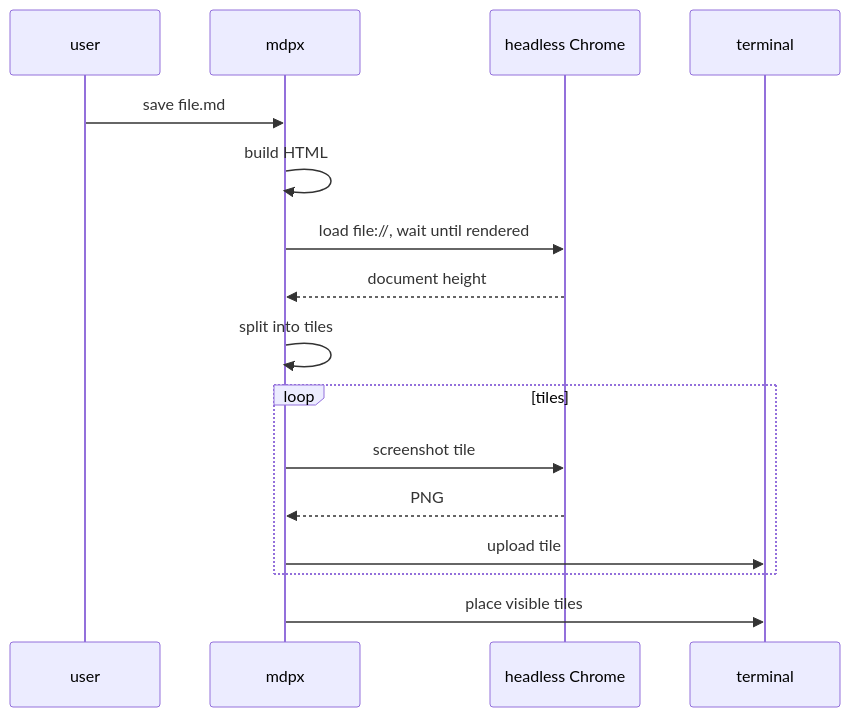
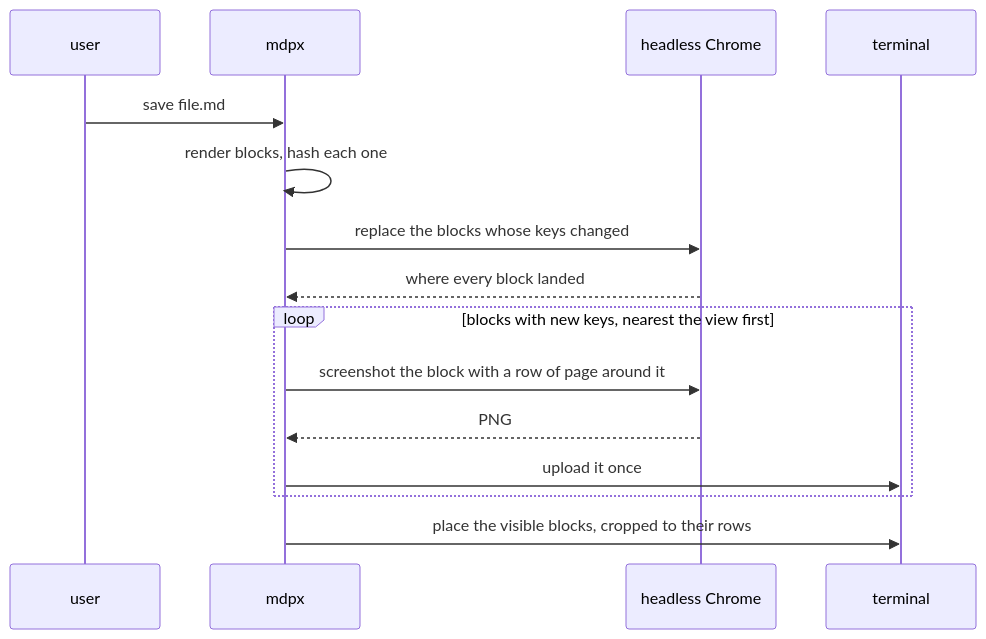
The diagram in README.md (kazu728/mdpx), drawn with Mermaid before and after one commit. The commit also changed other lines of this file and 25 other files, not shown here.

````diff
--- a/README.md
+++ b/README.md
@@ -38,19 +48,18 @@
 ```mermaid
 sequenceDiagram
     participant U as user
     participant P as mdpx
     participant C as headless Chrome
     participant T as terminal
 
     U->>P: save file.md
-    P->>P: build HTML
-    P->>C: load file://, wait until rendered
-    C-->>P: document height
-    P->>P: split into tiles
-    loop tiles
-        P->>C: screenshot tile
+    P->>P: render blocks, hash each one
+    P->>C: replace the blocks whose keys changed
+    C-->>P: where every block landed
+    loop blocks with new keys, nearest the view first
+        P->>C: screenshot the block with a row of page around it
         C-->>P: PNG
-        P->>T: upload tile
+        P->>T: upload it once
     end
-    P->>T: place visible tiles
+    P->>T: place the visible blocks, cropped to their rows
 ```
````
